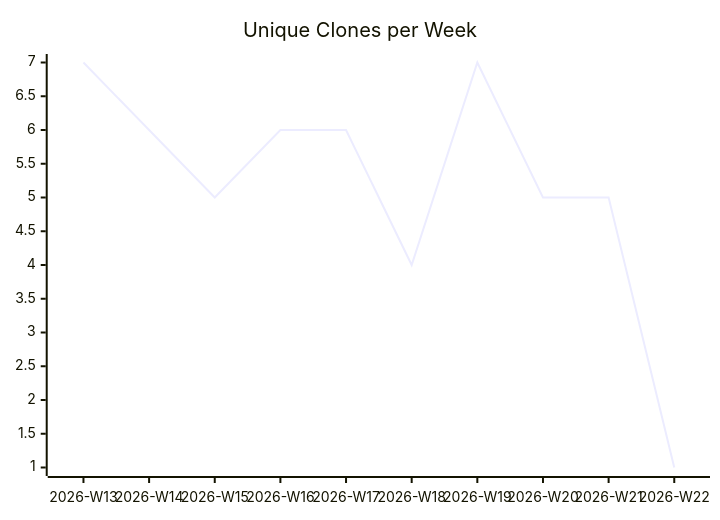
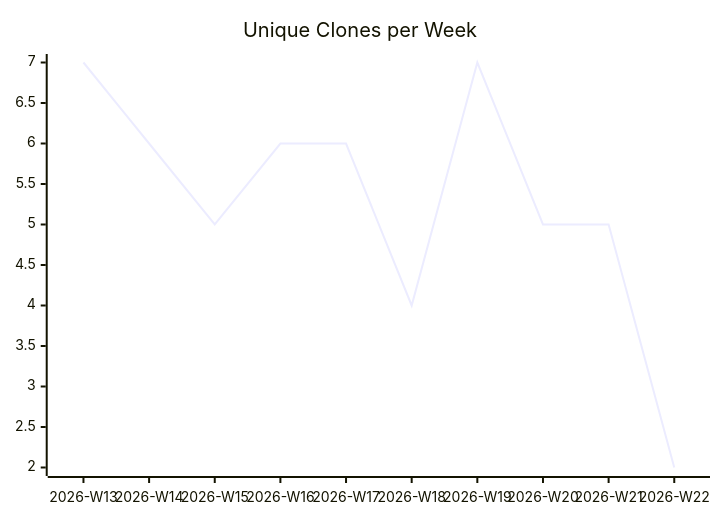
One commit to justdavis-family/github-analytics-data changed the third of 3 diagrams in karlmdavis/lego-ev3dev-rs/README.md. Above: the diagram before and after it, drawn with Mermaid. The commit also changed other lines of this file and 189 other files, not shown here.

````diff
--- a/karlmdavis/lego-ev3dev-rs/README.md
+++ b/karlmdavis/lego-ev3dev-rs/README.md
@@ -19,6 +19,6 @@
 ```mermaid
 xychart-beta
   title "Unique Clones per Week"
   x-axis ["2026-W13", "2026-W14", "2026-W15", "2026-W16", "2026-W17", "2026-W18", "2026-W19", "2026-W20", "2026-W21", "2026-W22"]
-  line [7, 6, 5, 6, 6, 4, 7, 5, 5, 1]
+  line [7, 6, 5, 6, 6, 4, 7, 5, 5, 2]
 ```
````
